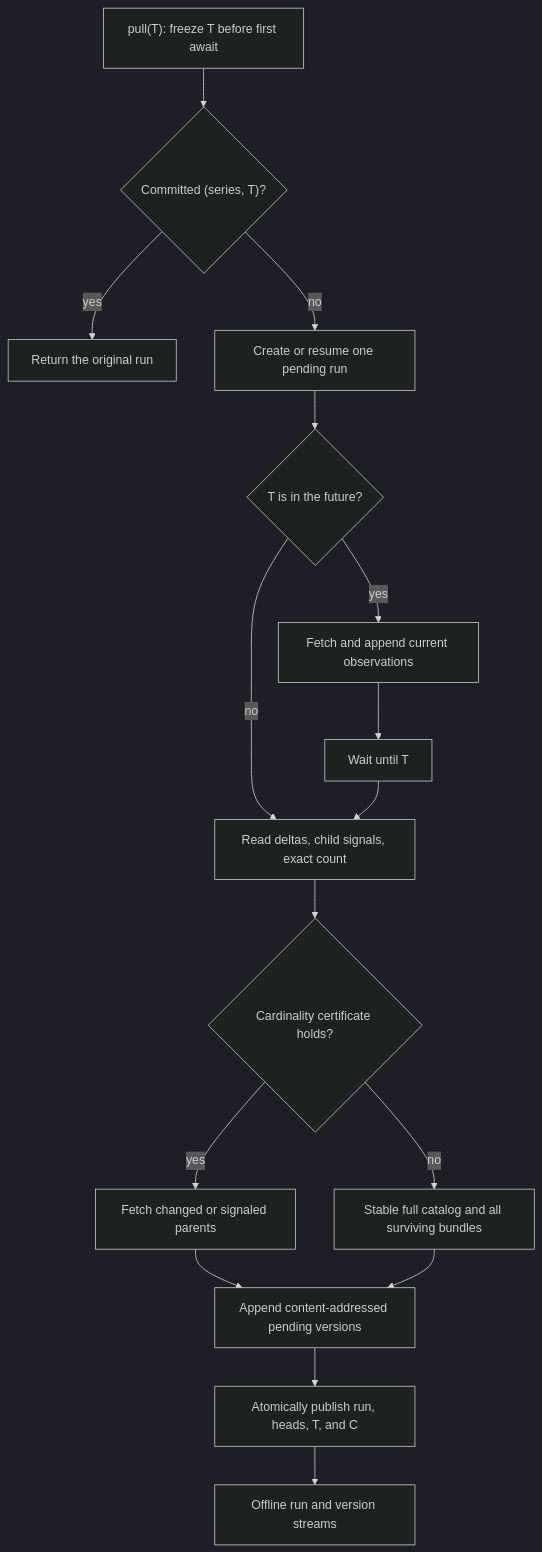
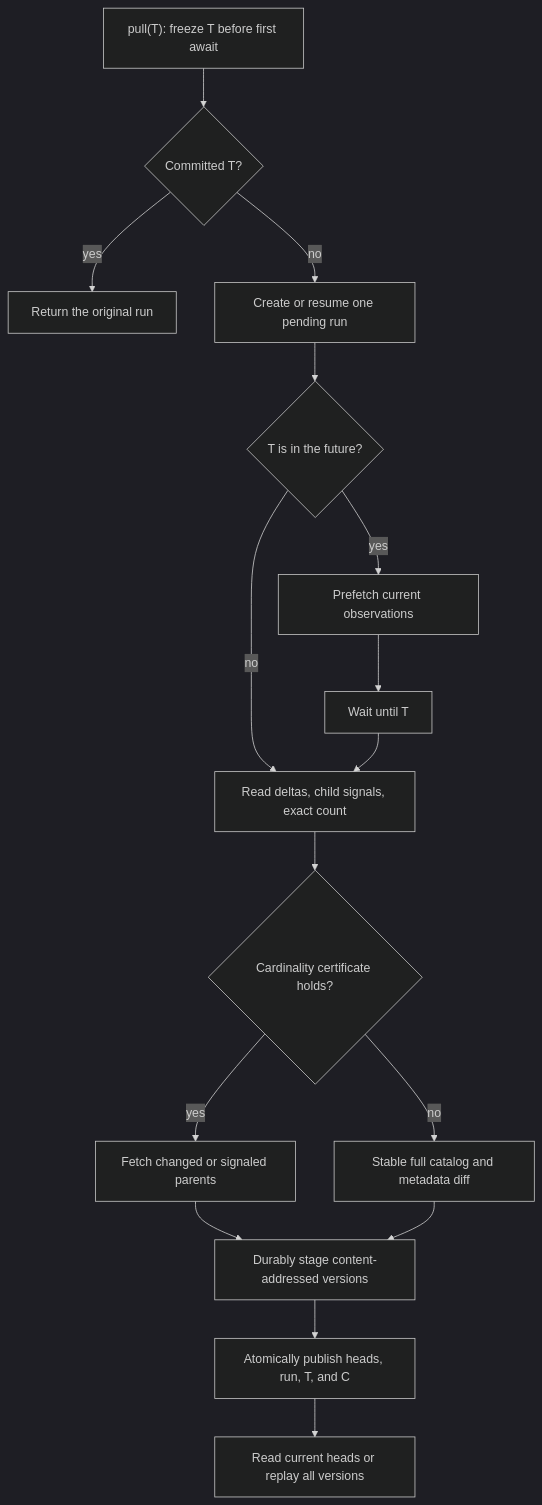
The first of 2 diagrams in docs/github-puller.md (Delva0/gh-puller), drawn with Mermaid (dark theme) before and after one commit. The commit also changed other lines of this file and 13 other files, not shown here.

````diff
--- a/docs/github-puller.md
+++ b/docs/github-puller.md
@@ -22,18 +25,18 @@
 ```mermaid
 flowchart TD
-    Call["pull(T): freeze T before first await"] --> Existing{"Committed (series, T)?"}
+    Call["pull(T): freeze T before first await"] --> Existing{"Committed T?"}
     Existing -->|yes| Return["Return the original run"]
     Existing -->|no| Pending["Create or resume one pending run"]
     Pending --> Future{"T is in the future?"}
-    Future -->|yes| Prefetch["Fetch and append current observations"]
+    Future -->|yes| Prefetch["Prefetch current observations"]
     Prefetch --> Wait["Wait until T"]
     Future -->|no| Discover["Read deltas, child signals, exact count"]
     Wait --> Discover
     Discover --> Cert{"Cardinality certificate holds?"}
     Cert -->|yes| Dirty["Fetch changed or signaled parents"]
-    Cert -->|no| Full["Stable full catalog and all surviving bundles"]
-    Dirty --> Versions["Append content-addressed pending versions"]
-    Full --> Versions
-    Versions --> Publish["Atomically publish run, heads, T, and C"]
-    Publish --> Offline["Offline run and version streams"]
+    Cert -->|no| Full["Stable full catalog and metadata diff"]
+    Dirty --> Stage["Durably stage content-addressed versions"]
+    Full --> Stage
+    Stage --> Publish["Atomically publish heads, run, T, and C"]
+    Publish --> Read["Read current heads or replay all versions"]
 ```
````
